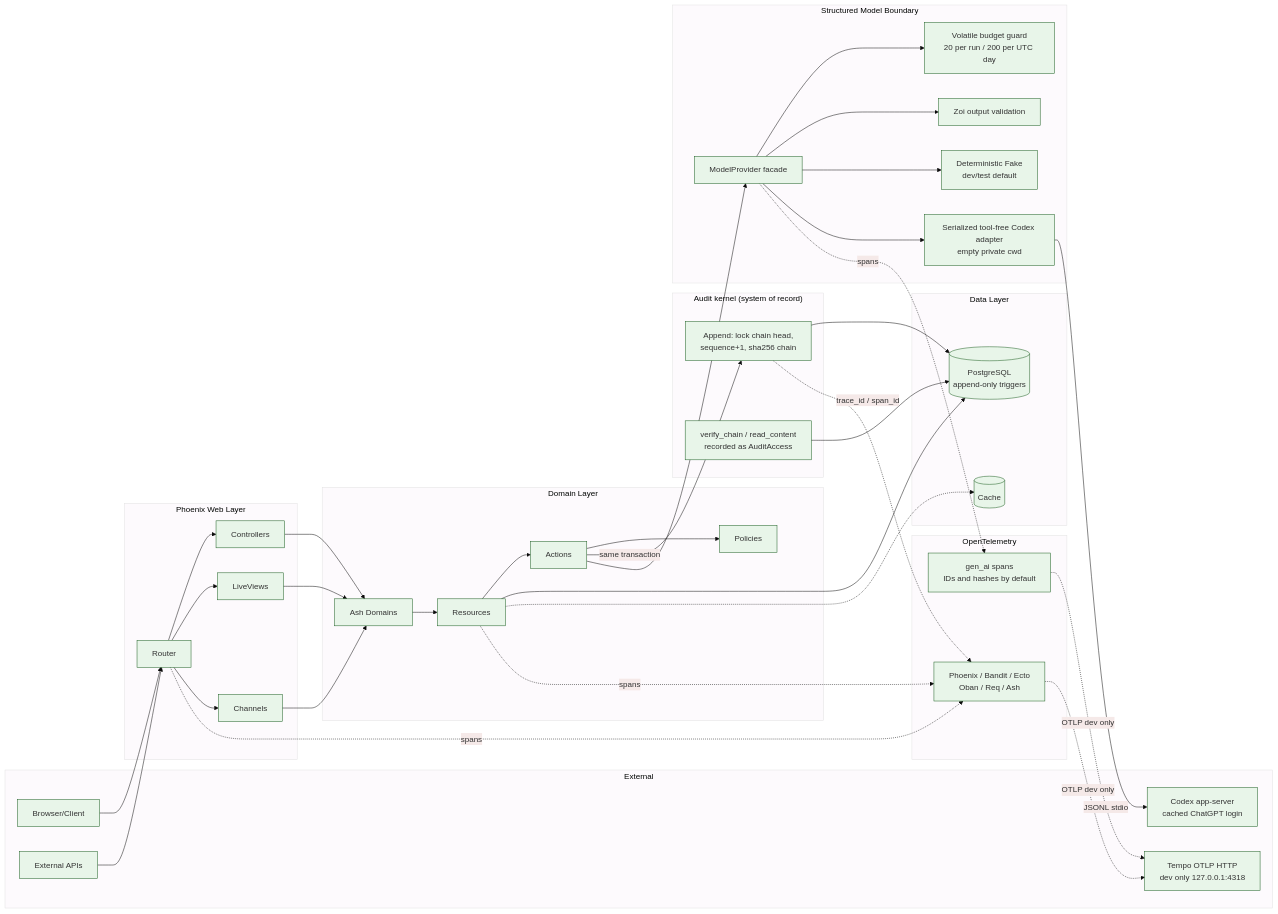
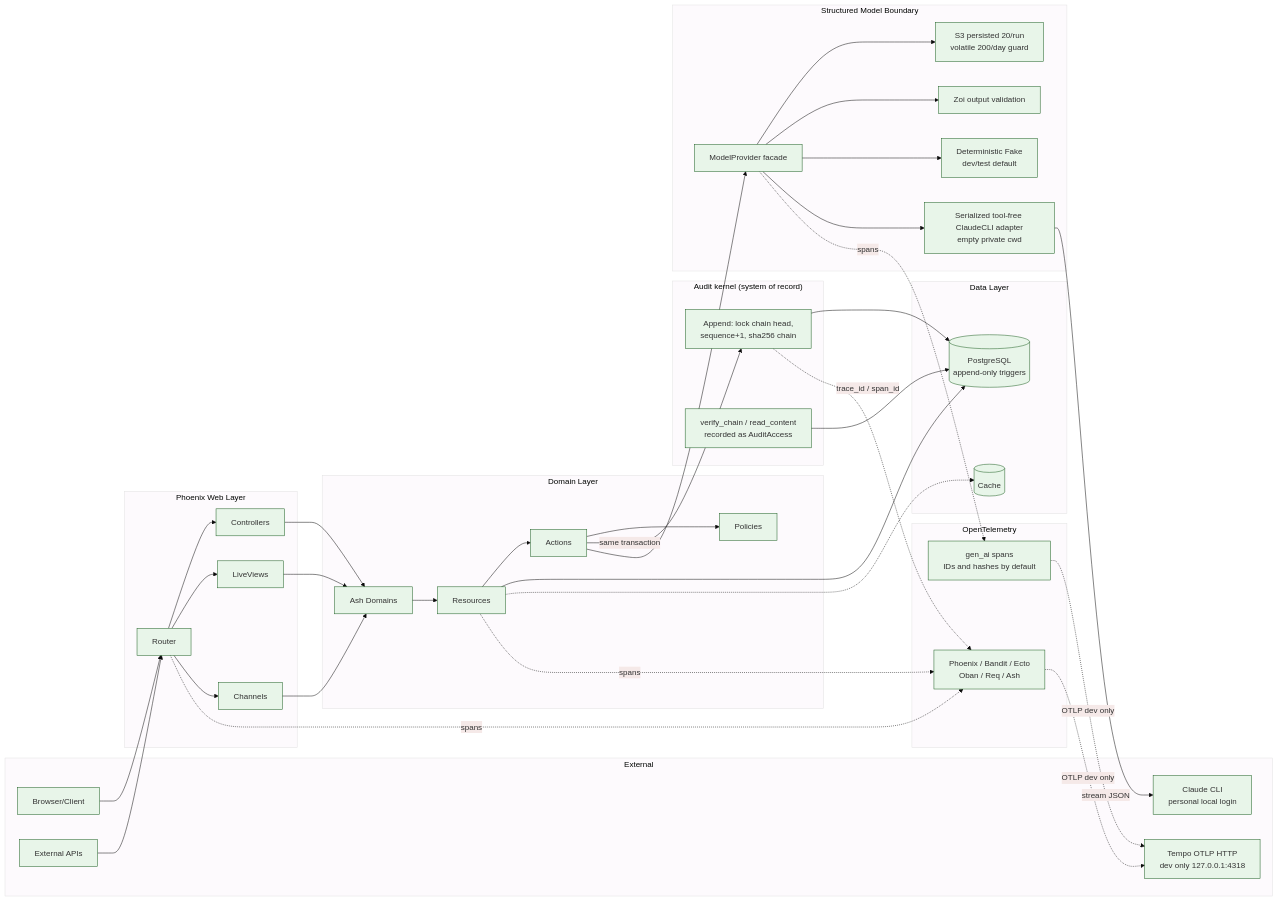
The diagram in docs/architecture/data-flow.mmd (chops/sdr_agent), drawn with Mermaid before and after one commit. The commit also changed 17 other files, not shown here.

Commit message:
Pivot model provider to attested Claude CLI

```diff
--- a/docs/architecture/data-flow.mmd
+++ b/docs/architecture/data-flow.mmd
@@ -1,78 +1,78 @@
 %%{init: {'theme': 'base', 'themeVariables': { 'primaryColor': '#e8f5e9', 'primaryBorderColor': '#1b5e20'}}}%%
 flowchart LR
     subgraph External["External"]
         Browser[Browser/Client]
         API[External APIs]
-        Codex[Codex app-server<br/>cached ChatGPT login]
+        Claude[Claude CLI<br/>personal local login]
         Tempo[Tempo OTLP HTTP<br/>dev only 127.0.0.1:4318]
     end
 
     subgraph Web["Phoenix Web Layer"]
         Router[Router]
         Controllers[Controllers]
         LiveViews[LiveViews]
         Channels[Channels]
     end
 
     subgraph Domain["Domain Layer"]
         Domains[Ash Domains]
         Resources[Resources]
         Actions[Actions]
         Policies[Policies]
     end
 
     subgraph AuditKernel["Audit kernel (system of record)"]
         Append[Append: lock chain head,<br/>sequence+1, sha256 chain]
         Verify[verify_chain / read_content<br/>recorded as AuditAccess]
     end
 
     subgraph Data["Data Layer"]
         Postgres[(PostgreSQL<br/>append-only triggers)]
         Cache[(Cache)]
     end
 
     subgraph AI["Structured Model Boundary"]
         Provider[ModelProvider facade]
-        Budget[Volatile budget guard<br/>20 per run / 200 per UTC day]
+        Budget[S3 persisted 20/run<br/>volatile 200/day guard]
         Validation[Zoi output validation]
-        Adapter[Serialized tool-free Codex adapter<br/>empty private cwd]
+        Adapter[Serialized tool-free ClaudeCLI adapter<br/>empty private cwd]
         Fake[Deterministic Fake<br/>dev/test default]
     end
 
     subgraph Observability["OpenTelemetry"]
         Instrumentation[Phoenix / Bandit / Ecto<br/>Oban / Req / Ash]
         GenAI[gen_ai spans<br/>IDs and hashes by default]
     end
 
     Browser --> Router
     API --> Router
     Router --> Controllers
     Router --> LiveViews
     Router --> Channels
     Controllers --> Domains
     LiveViews --> Domains
     Channels --> Domains
     Domains --> Resources
     Resources --> Actions
     Actions --> Policies
     Resources --> Postgres
     Actions -- same transaction --> Append
     Append --> Postgres
     Verify --> Postgres
     Append -. trace_id / span_id .-> Instrumentation
     Resources -.-> Cache
     Actions --> Provider
     Provider --> Budget
     Provider --> Validation
     Provider --> Fake
     Provider --> Adapter
-    Adapter -- JSONL stdio --> Codex
+    Adapter -- stream JSON --> Claude
     Router -. spans .-> Instrumentation
     Resources -. spans .-> Instrumentation
     Provider -. spans .-> GenAI
     Instrumentation -. OTLP dev only .-> Tempo
     GenAI -. OTLP dev only .-> Tempo
 
     %% Project shape: single
     %% Detected data layers:
     %% - AshPostgres (PostgreSQL)
```
